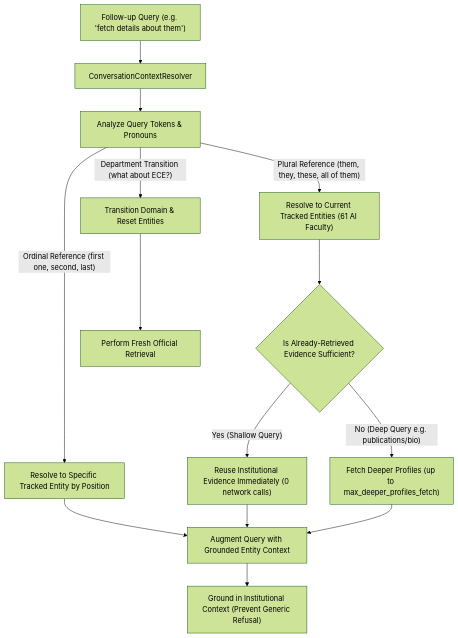
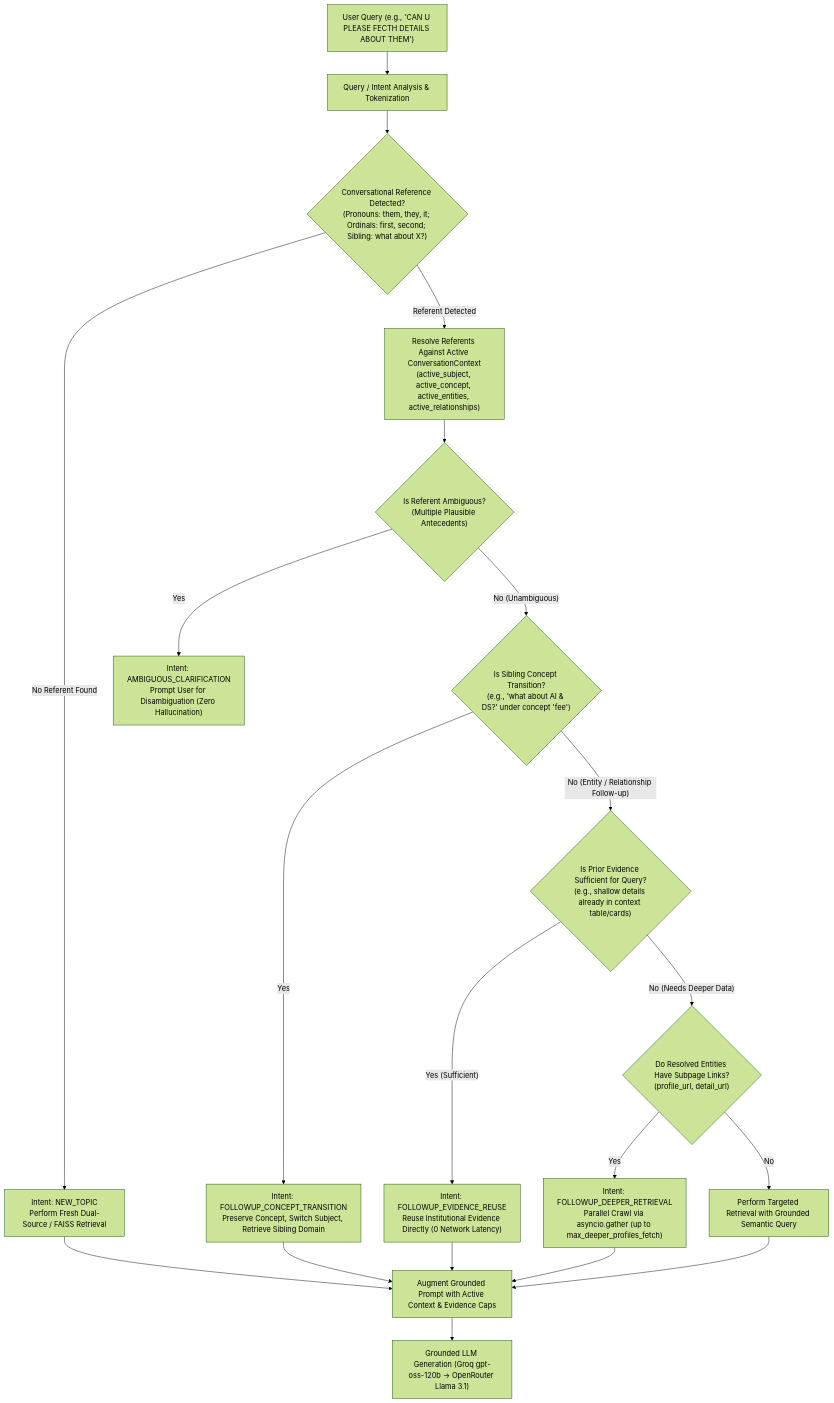
The second of 2 diagrams in vait-backend/VAIT_ARCHITECTURE.md (AbhilashMaguluri/vait), drawn with Mermaid (forest theme) before and after one commit. The commit also changed other lines of this file and 7 other files, not shown here.

Commit message:
feat: generic institutional conversational context, entity resolution, and reference resolution across all university concepts

````diff
--- a/vait-backend/VAIT_ARCHITECTURE.md
+++ b/vait-backend/VAIT_ARCHITECTURE.md
@@ -117,19 +120,32 @@
 ```mermaid
 graph TD
-    UserTurn["Follow-up Query (e.g. 'fetch details about them')"] --> Resolver["ConversationContextResolver"]
-    Resolver --> Classify["Analyze Query Tokens & Pronouns"]
-    Classify -- "Plural Reference (them, they, these, all of them)" --> MultiEntity["Resolve to Current Tracked Entities (61 AI Faculty)"]
-    Classify -- "Ordinal Reference (first one, second, last)" --> SingleEntity["Resolve to Specific Tracked Entity by Position"]
-    Classify -- "Department Transition (what about ECE?)" --> Transition["Transition Domain & Reset Entities"]
+    UserQuery["User Query (e.g., 'CAN U PLEASE FECTH DETAILS ABOUT THEM')"] --> Analysis["Query / Intent Analysis & Tokenization"]
+    Analysis --> RefDetect{"Conversational Reference Detected?<br/>(Pronouns: them, they, it; Ordinals: first, second; Sibling: what about X?)"}
     
-    MultiEntity --> EvidenceCheck{"Is Already-Retrieved Evidence Sufficient?"}
-    EvidenceCheck -- "Yes (Shallow Query)" --> ReuseEvidence["Reuse Institutional Evidence Immediately (0 network calls)"]
-    EvidenceCheck -- "No (Deep Query e.g. publications/bio)" --> DeepFetch["Fetch Deeper Profiles (up to max_deeper_profiles_fetch)"]
+    RefDetect -- "No Referent Found" --> NewTopic["Intent: NEW_TOPIC<br/>Perform Fresh Dual-Source / FAISS Retrieval"]
     
-    SingleEntity --> PromptAugment["Augment Query with Grounded Entity Context"]
-    ReuseEvidence --> PromptAugment
-    DeepFetch --> PromptAugment
-    Transition --> RAGRetrieval["Perform Fresh Official Retrieval"]
+    RefDetect -- "Referent Detected" --> ContextLookup["Resolve Referents Against Active ConversationContext<br/>(active_subject, active_concept, active_entities, active_relationships)"]
     
-    PromptAugment --> LLMGen["Ground in Institutional Context (Prevent Generic Refusal)"]
+    ContextLookup --> AmbiguityCheck{"Is Referent Ambiguous?<br/>(Multiple Plausible Antecedents)"}
+    AmbiguityCheck -- "Yes" --> Clarification["Intent: AMBIGUOUS_CLARIFICATION<br/>Prompt User for Disambiguation (Zero Hallucination)"]
+    
+    AmbiguityCheck -- "No (Unambiguous)" --> SiblingCheck{"Is Sibling Concept Transition?<br/>(e.g., 'what about AI & DS?' under concept 'fee')"}
+    
+    SiblingCheck -- "Yes" --> ConceptTransition["Intent: FOLLOWUP_CONCEPT_TRANSITION<br/>Preserve Concept, Switch Subject, Retrieve Sibling Domain"]
+    
+    SiblingCheck -- "No (Entity / Relationship Follow-up)" --> SufficiencyCheck{"Is Prior Evidence Sufficient for Query?<br/>(e.g., shallow details already in context table/cards)"}
+    
+    SufficiencyCheck -- "Yes (Sufficient)" --> EvidenceReuse["Intent: FOLLOWUP_EVIDENCE_REUSE<br/>Reuse Institutional Evidence Directly (0 Network Latency)"]
+    
+    SufficiencyCheck -- "No (Needs Deeper Data)" --> SubpageCheck{"Do Resolved Entities Have Subpage Links?<br/>(profile_url, detail_url)"}
+    SubpageCheck -- "Yes" --> DeeperRetrieval["Intent: FOLLOWUP_DEEPER_RETRIEVAL<br/>Parallel Crawl via asyncio.gather (up to max_deeper_profiles_fetch)"]
+    SubpageCheck -- "No" --> TargetedSearch["Perform Targeted Retrieval with Grounded Semantic Query"]
+    
+    EvidenceReuse --> PromptAugment["Augment Grounded Prompt with Active Context & Evidence Caps"]
+    DeeperRetrieval --> PromptAugment
+    ConceptTransition --> PromptAugment
+    TargetedSearch --> PromptAugment
+    NewTopic --> PromptAugment
+    
+    PromptAugment --> LLMGen["Grounded LLM Generation (Groq gpt-oss-120b -> OpenRouter Llama 3.1)"]
 ```
````
